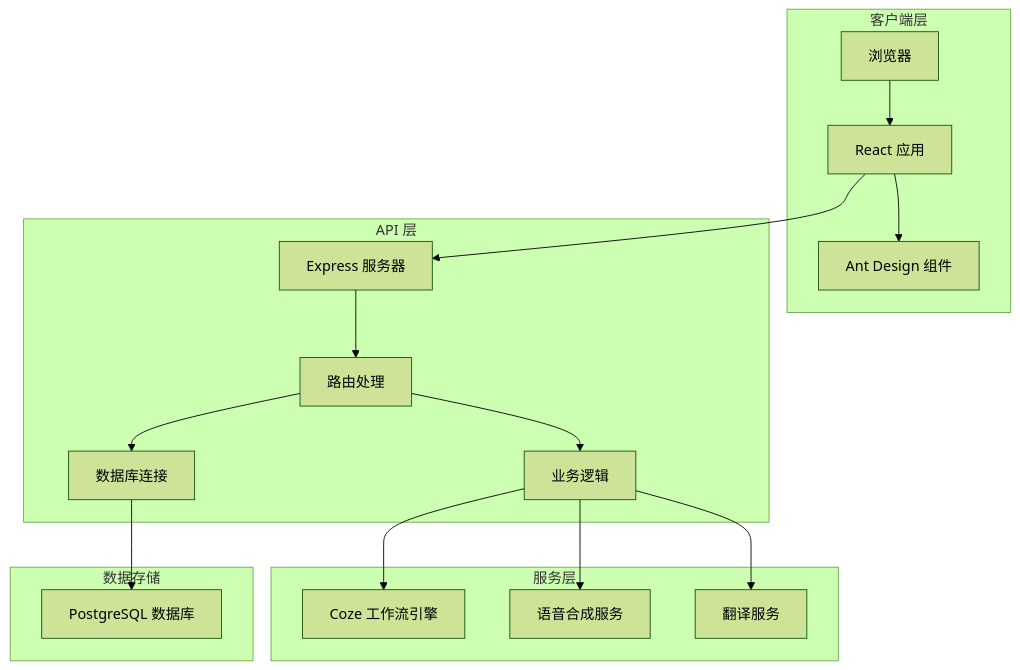
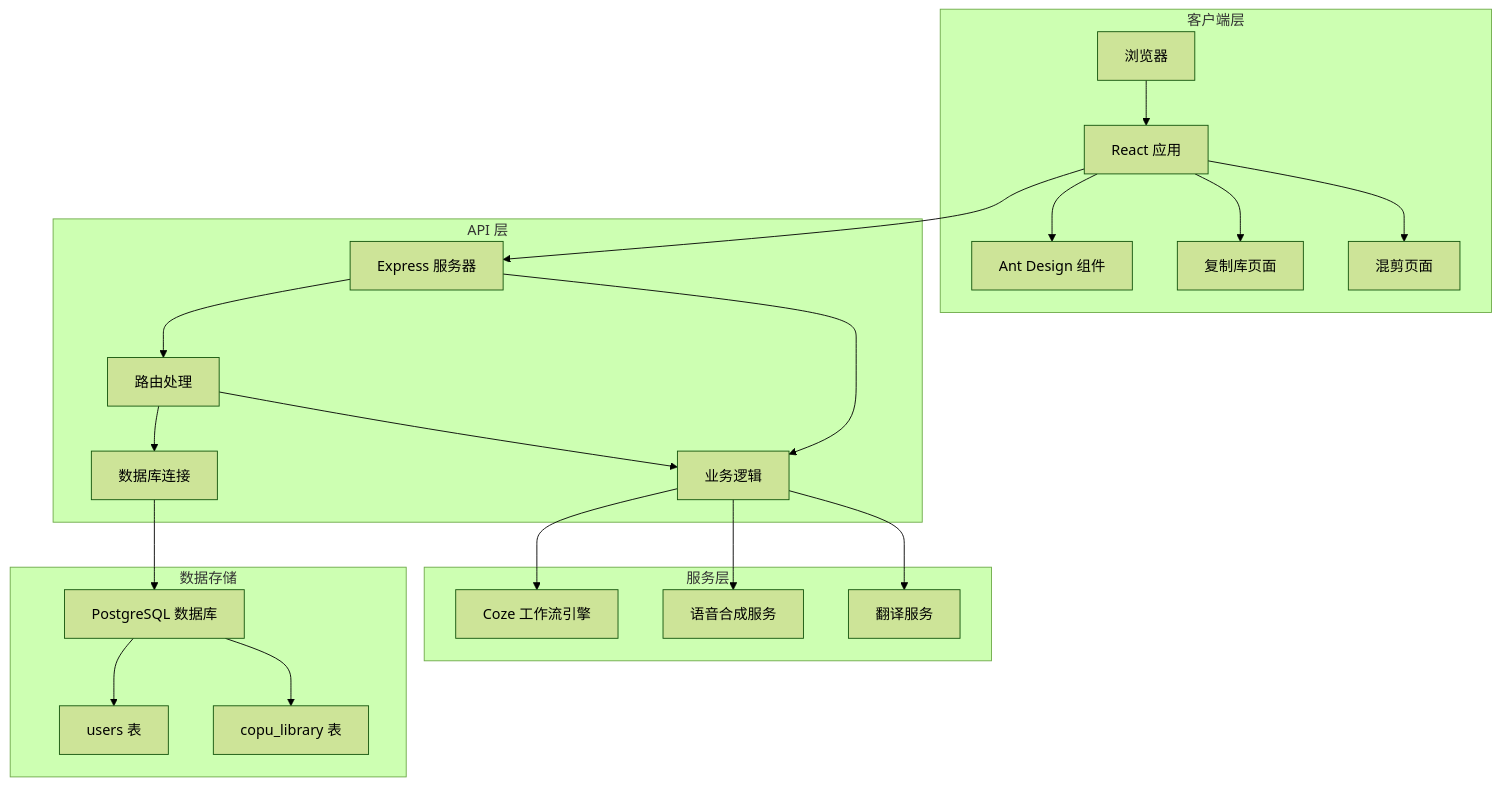
The third of 8 diagrams in .qoder/repowiki/zh/content/Product Copy Page.md (hanksd769-droid/sailshub), drawn with Mermaid (forest theme) before and after one commit. The commit also changed other lines of this file and 6 other files, not shown here.

````diff
--- a/.qoder/repowiki/zh/content/Product Copy Page.md
+++ b/.qoder/repowiki/zh/content/Product Copy Page.md
@@ -131,25 +161,32 @@
 ```mermaid
 graph TB
 subgraph "客户端层"
 A[浏览器] --> B[React 应用]
 B --> C[Ant Design 组件]
+B --> D[复制库页面]
+B --> E[混剪页面]
 end
 subgraph "API 层"
-D[Express 服务器] --> E[路由处理]
-E --> F[业务逻辑]
-E --> G[数据库连接]
+F[Express 服务器] --> G[路由处理]
+G --> H[业务逻辑]
+G --> I[数据库连接]
 end
 subgraph "服务层"
-H[Coze 工作流引擎]
-I[语音合成服务]
-J[翻译服务]
+J[Coze 工作流引擎]
+K[语音合成服务]
+L[翻译服务]
 end
 subgraph "数据存储"
-K[PostgreSQL 数据库]
+M[PostgreSQL 数据库]
+N[users 表]
+O[copu_library 表]
 end
-B --> D
+B --> F
 F --> H
-F --> I
-F --> J
-G --> K
+H --> J
+H --> K
+H --> L
+I --> M
+M --> N
+M --> O
 ```
````
